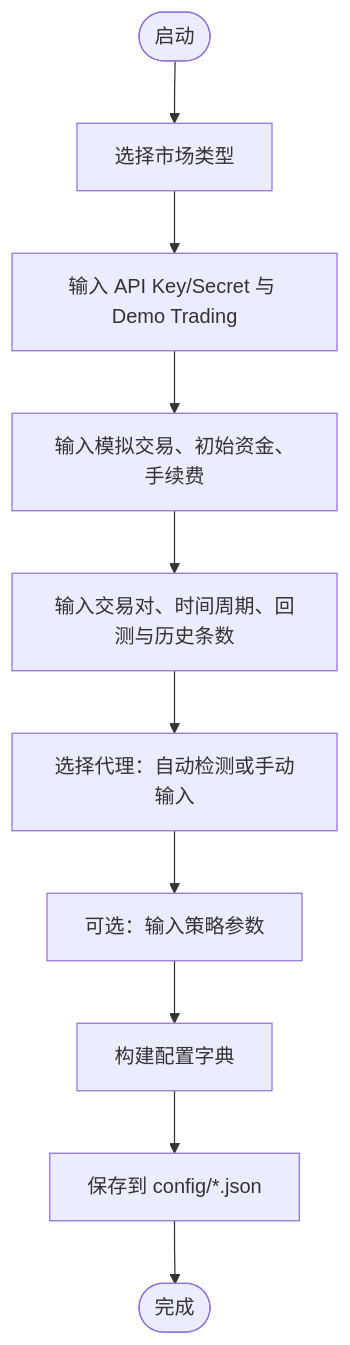
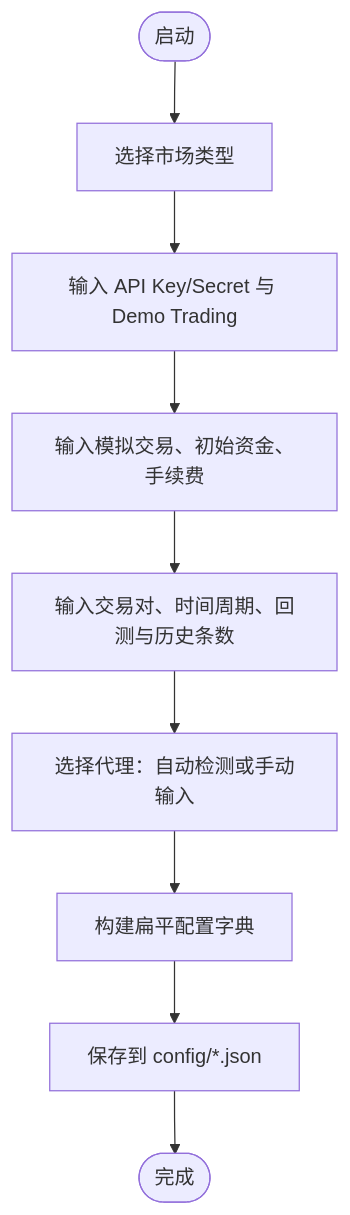
Before and after one commit to bench-prog/backtrader: the third of 9 diagrams in .qoder/repowiki/zh/content/实盘交易模块/Binance交易所集成/工具函数库.md, drawn with Mermaid. The commit also changed other lines of this file and 4 other files, not shown here.

````diff
--- a/.qoder/repowiki/zh/content/实盘交易模块/Binance交易所集成/工具函数库.md
+++ b/.qoder/repowiki/zh/content/实盘交易模块/Binance交易所集成/工具函数库.md
@@ -168,12 +147,11 @@
 ```mermaid
 flowchart TD
 Start(["启动"]) --> Market["选择市场类型"]
 Market --> API["输入 API Key/Secret 与 Demo Trading"]
 API --> Trading["输入模拟交易、初始资金、手续费"]
 Trading --> Data["输入交易对、时间周期、回测与历史条数"]
 Data --> Proxy["选择代理：自动检测或手动输入"]
-Proxy --> Strategy["可选：输入策略参数"]
-Strategy --> Build["构建配置字典"]
+Proxy --> Build["构建扁平配置字典"]
 Build --> Save["保存到 config/*.json"]
 Save --> Done(["完成"])
 ```
````
